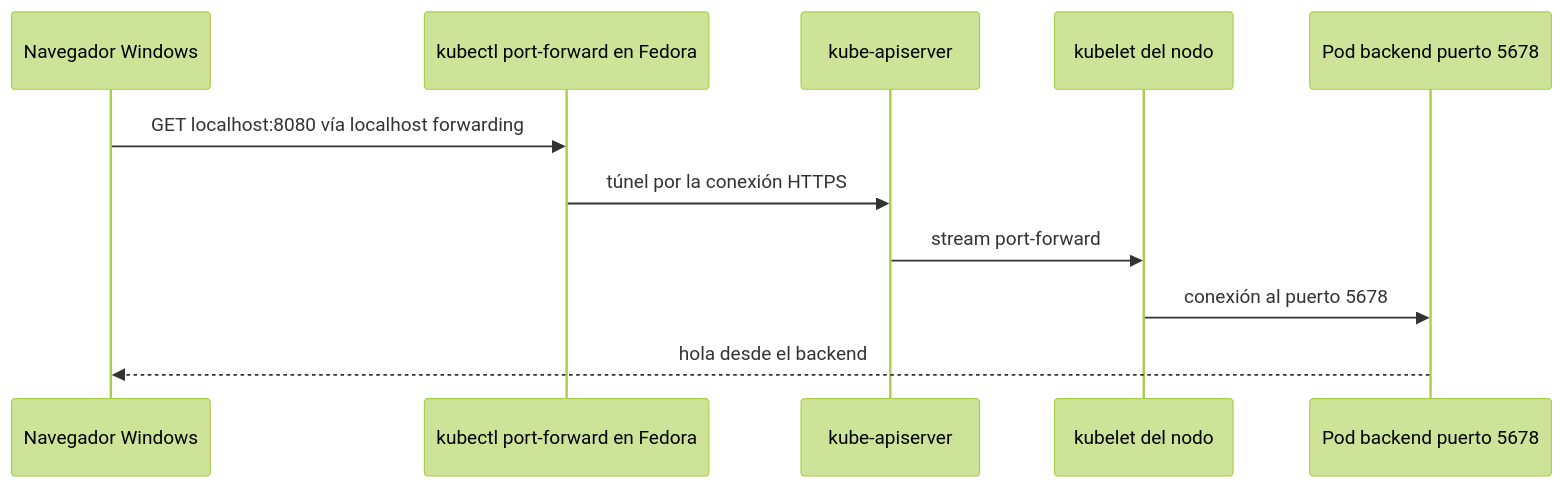
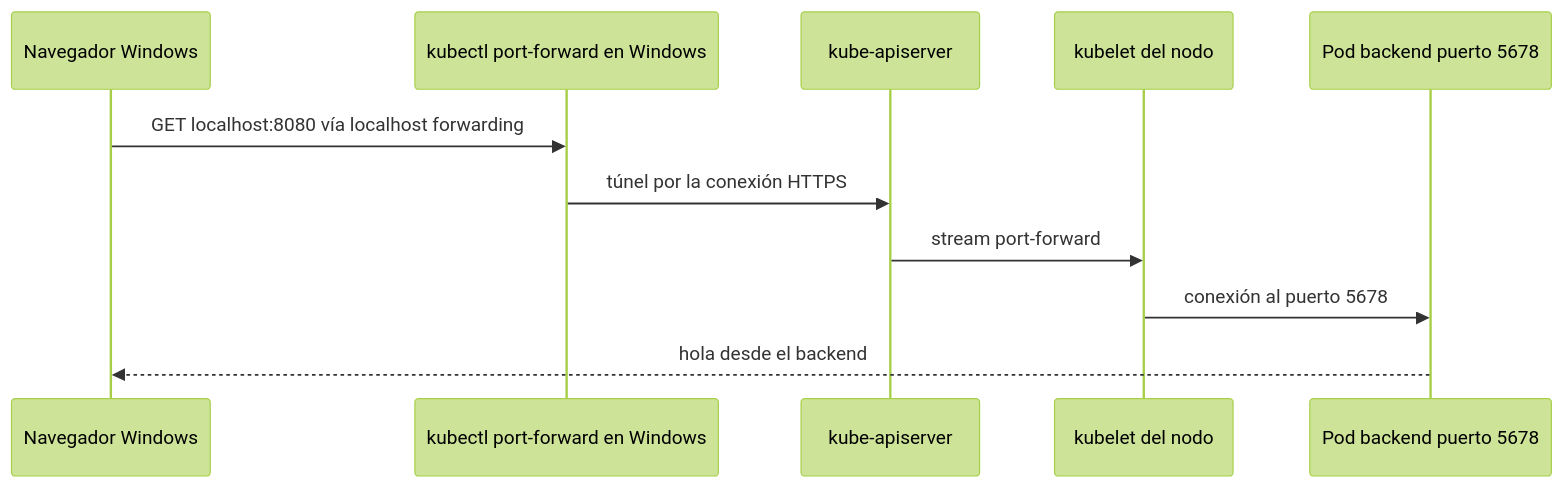
The third of 3 diagrams in 03-services-dns/README.md (devbryan02/k8s-curso-practico), drawn with Mermaid (forest theme) before and after one commit. The commit also changed other lines of this file and 17 other files, not shown here.

````diff
--- a/03-services-dns/README.md
+++ b/03-services-dns/README.md
@@ -124,13 +124,13 @@
 ```mermaid
 sequenceDiagram
     participant W as Navegador Windows
-    participant K as kubectl port-forward en Fedora
+    participant K as kubectl port-forward en Windows
     participant A as kube-apiserver
     participant KL as kubelet del nodo
     participant P as Pod backend puerto 5678
     W->>K: GET localhost:8080 vía localhost forwarding
     K->>A: túnel por la conexión HTTPS
     A->>KL: stream port-forward
     KL->>P: conexión al puerto 5678
     P-->>W: hola desde el backend
 ```
````
